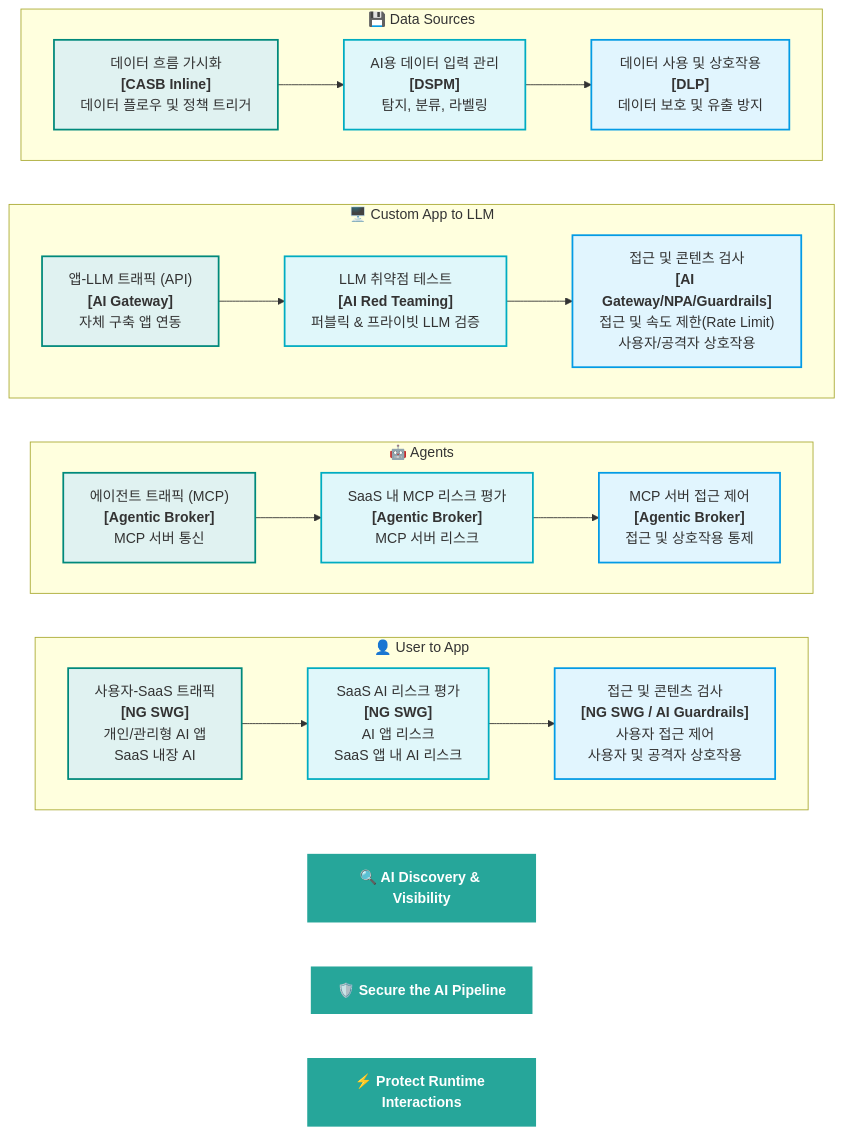
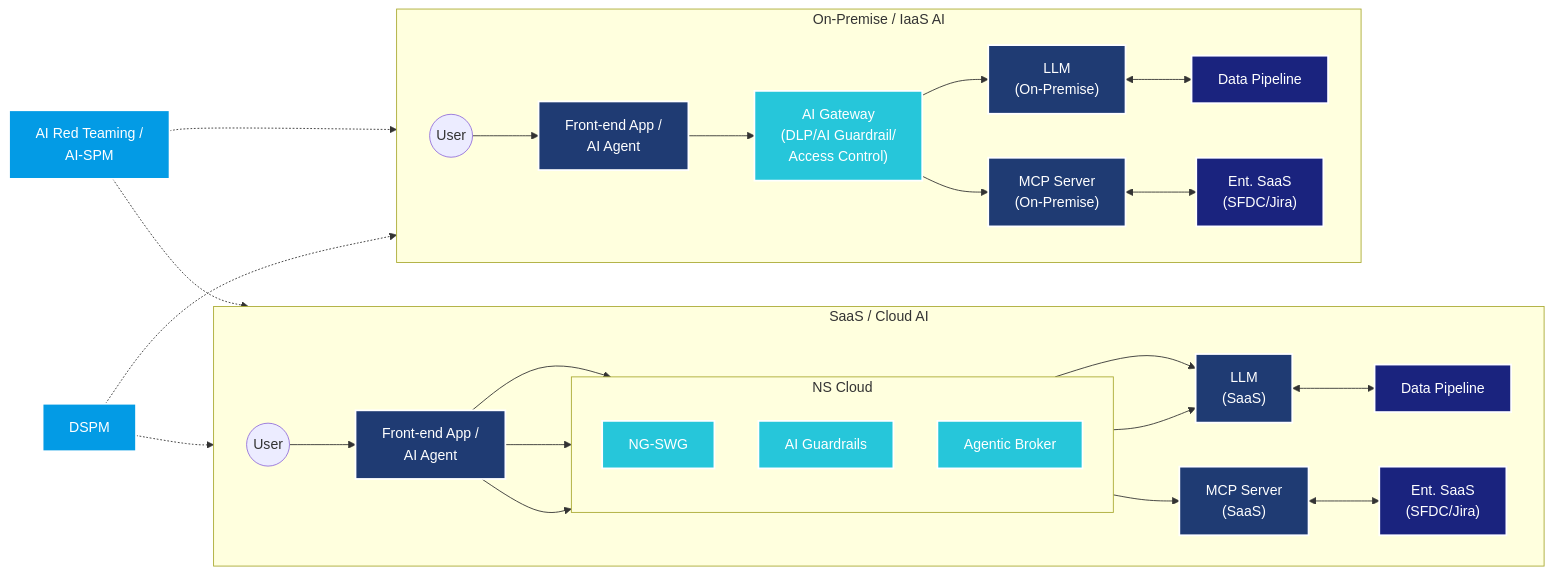
Before and after one commit to eli-jang/aisecurity: the diagram in README.md, drawn with Mermaid. The commit also changed other lines of this file, not shown here.

````diff
--- a/README.md
+++ b/README.md
@@ -4,53 +4,84 @@
 ```mermaid
 graph LR
     %% 스타일 정의
-    classDef phase1 fill:#e0f2f1,stroke:#00897b,stroke-width:2px;
-    classDef phase2 fill:#e0f7fa,stroke:#00acc1,stroke-width:2px;
-    classDef phase3 fill:#e1f5fe,stroke:#039be5,stroke-width:2px;
-    classDef title fill:#26a69a,color:#fff,font-weight:bold,stroke:none;
+    classDef userApp fill:#1f3b73,stroke:#fff,stroke-width:2px,color:#fff;
+    classDef nsCloud fill:#e0f2f1,stroke:#00acc1,stroke-width:2px,stroke-dasharray: 5 5;
+    classDef nsComponents fill:#26c6da,stroke:#fff,stroke-width:2px,color:#fff;
+    classDef saas fill:#1f3b73,stroke:#fff,stroke-width:2px,color:#fff;
+    classDef pipeline fill:#1a237e,stroke:#fff,stroke-width:2px,color:#fff;
+    classDef oob fill:#039be5,stroke:#fff,stroke-width:2px,color:#fff;
 
-    %% 상단 헤더 역할 (논리적 연결 없음)
-    H1[🔍 AI Discovery & Visibility]:::title
-    H2[🛡️ Secure the AI Pipeline]:::title
-    H3[⚡ Protect Runtime Interactions]:::title
+    %% 관리 영역 (Out of band)
+    AIRT["AI Red Teaming /<br>AI-SPM"]:::oob
+    DSPM["DSPM"]:::oob
 
-    %% 1. User to App (사용자 -> 앱)
-    subgraph User_to_App ["👤 User to App"]
+    %% ----------------------------------------------------
+    %% 상단 영역: SaaS / Cloud AI
+    %% ----------------------------------------------------
+    subgraph SaaS_Cloud_AI ["SaaS / Cloud AI"]
         direction LR
-        U1["사용자-SaaS 트래픽<br><b>[NG SWG]</b><br>개인/관리형 AI 앱<br>SaaS 내장 AI"]:::phase1
-        U2["SaaS AI 리스크 평가<br><b>[NG SWG]</b><br>AI 앱 리스크<br>SaaS 앱 내 AI 리스크"]:::phase2
-        U3["접근 및 콘텐츠 검사<br><b>[NG SWG / AI Guardrails]</b><br>사용자 접근 제어<br>사용자 및 공격자 상호작용"]:::phase3
         
-        U1 --> U2 --> U3
+        U1((User)) --> FA1["Front-end App /<br>AI Agent"]:::userApp
+        
+        %% NS Cloud 영역 (별도 박스로 그룹화)
+        subgraph NS_Cloud ["NS Cloud"]
+            direction TB
+            SWG["NG-SWG"]:::nsComponents
+            AIG["AI Guardrails"]:::nsComponents
+            AB["Agentic Broker"]:::nsComponents
+        end
+        
+        %% Front-end App에서 각각의 컴포넌트로 개별 연결
+        FA1 --> SWG
+        FA1 --> AIG
+        FA1 --> AB
+        
+        %% 타겟 리소스 및 파이프라인
+        LLM1["LLM<br>(SaaS)"]:::saas
+        MCP1["MCP Server<br>(SaaS)"]:::saas
+        DP1["Data Pipeline"]:::pipeline
+        ENT1["Ent. SaaS<br>(SFDC/Jira)"]:::pipeline
+        
+        %% 각 컴포넌트에서 타겟으로 연결 (요청하신 흐름 반영)
+        SWG --> LLM1
+        AIG --> LLM1
+        AB --> MCP1
+        
+        LLM1 <--> DP1
+        MCP1 <--> ENT1
     end
 
-    %% 2. Agents (에이전트)
-    subgraph Agents ["🤖 Agents"]
+    %% ----------------------------------------------------
+    %% 하단 영역: On-Premise / IaaS AI
+    %% ----------------------------------------------------
+    subgraph On_Premise_IaaS_AI ["On-Premise / IaaS AI"]
         direction LR
-        A1["에이전트 트래픽 (MCP)<br><b>[Agentic Broker]</b><br>MCP 서버 통신"]:::phase1
-        A2["SaaS 내 MCP 리스크 평가<br><b>[Agentic Broker]</b><br>MCP 서버 리스크"]:::phase2
-        A3["MCP 서버 접근 제어<br><b>[Agentic Broker]</b><br>접근 및 상호작용 통제"]:::phase3
         
-        A1 --> A2 --> A3
+        U2((User)) --> FA2["Front-end App /<br>AI Agent"]:::userApp
+        
+        %% 온프레미스용 Gateway
+        AIGW["AI Gateway<br>(DLP/AI Guardrail/<br>Access Control)"]:::nsComponents
+        
+        FA2 --> AIGW
+        
+        %% 타겟 리소스 및 파이프라인
+        LLM2["LLM<br>(On-Premise)"]:::saas
+        MCP2["MCP Server<br>(On-Premise)"]:::saas
+        DP2["Data Pipeline"]:::pipeline
+        ENT2["Ent. SaaS<br>(SFDC/Jira)"]:::pipeline
+        
+        AIGW --> LLM2
+        AIGW --> MCP2
+        
+        LLM2 <--> DP2
+        MCP2 <--> ENT2
     end
-
-    %% 3. Custom App to LLM (자체 앱 -> LLM)
-    subgraph Custom_App_to_LLM ["🖥️ Custom App to LLM"]
-        direction LR
-        C1["앱-LLM 트래픽 (API)<br><b>[AI Gateway]</b><br>자체 구축 앱 연동"]:::phase1
-        C2["LLM 취약점 테스트<br><b>[AI Red Teaming]</b><br>퍼블릭 & 프라이빗 LLM 검증"]:::phase2
-        C3["접근 및 콘텐츠 검사<br><b>[AI Gateway/NPA/Guardrails]</b><br>접근 및 속도 제한(Rate Limit)<br>사용자/공격자 상호작용"]:::phase3
-        
-        C1 --> C2 --> C3
-    end
-
-    %% 4. Data Sources (데이터 소스)
-    subgraph Data_Sources ["💾 Data Sources"]
-        direction LR
-        D1["데이터 흐름 가시화<br><b>[CASB Inline]</b><br>데이터 플로우 및 정책 트리거"]:::phase1
-        D2["AI용 데이터 입력 관리<br><b>[DSPM]</b><br>탐지, 분류, 라벨링"]:::phase2
-        D3["데이터 사용 및 상호작용<br><b>[DLP]</b><br>데이터 보호 및 유출 방지"]:::phase3
-        
-        D1 --> D2 --> D3
-    end
+    
+    %% ----------------------------------------------------
+    %% 추가 관리 요소 연결선 (점선 표현)
+    %% ----------------------------------------------------
+    AIRT -.-> LLM1
+    AIRT -.-> LLM2
+    DSPM -.-> DP1
+    DSPM -.-> DP2
 ```
````
